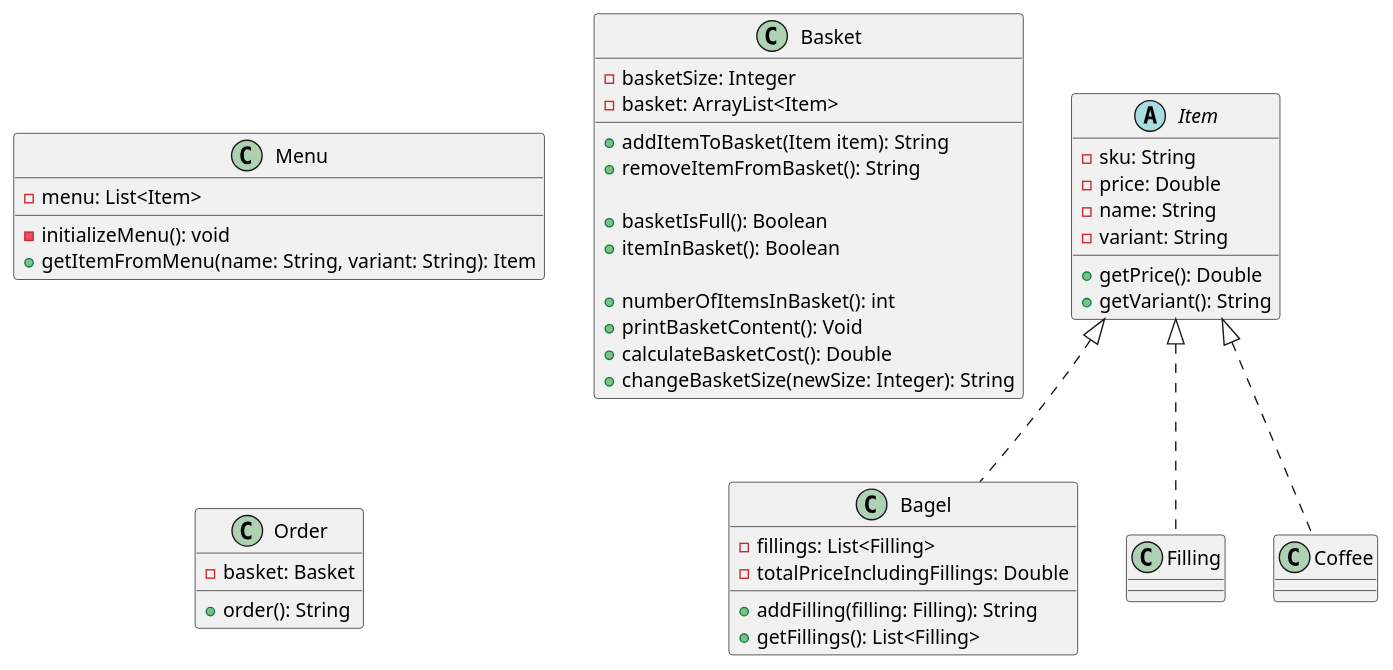
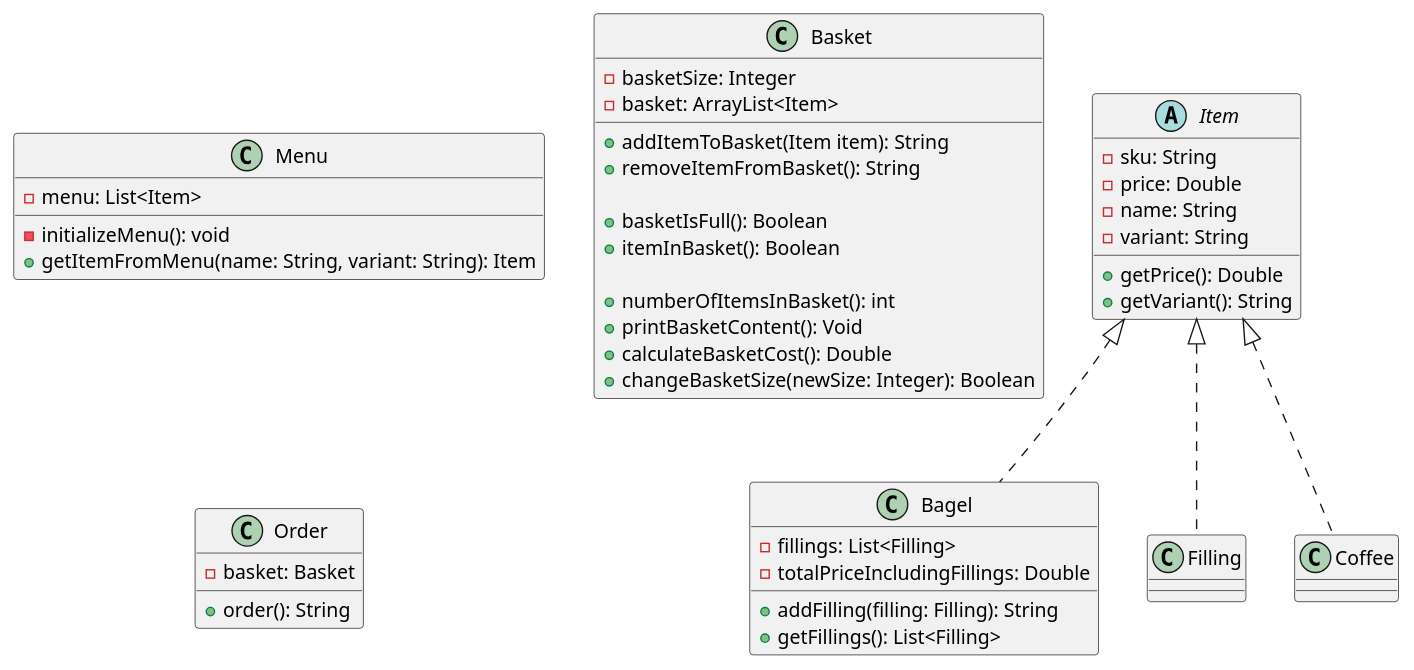
The diagram in classDiagram.puml (boolean-uk/java-tdd-oop-bobs-bagels), drawn with PlantUML before and after one commit. The commit also changed 2 other files, not shown here.

Commit message:
Changed changeBasketSize to boolean, and reflected changes in class diagram and domain model.

```diff
--- a/classDiagram.puml
+++ b/classDiagram.puml
@@ -1,54 +1,54 @@
 @startuml
 
 Class Menu {
     - menu: List<Item>
 
     - initializeMenu(): void
     + getItemFromMenu(name: String, variant: String): Item
 }
 
 Class Basket {
     - basketSize: Integer
     - basket: ArrayList<Item>
 
     + addItemToBasket(Item item): String
     + removeItemFromBasket(): String
 
     + basketIsFull(): Boolean
     + itemInBasket(): Boolean
 
     + numberOfItemsInBasket(): int
     + printBasketContent(): Void
     + calculateBasketCost(): Double
-    + changeBasketSize(newSize: Integer): String
+    + changeBasketSize(newSize: Integer): Boolean
 }
 
 Abstract Class Item {
     - sku: String
     - price: Double
     - name: String
     - variant: String
 
     + getPrice(): Double
     + getVariant(): String
 }
 
 Class Bagel Implements Item {
     - fillings: List<Filling>
     - totalPriceIncludingFillings: Double
     + addFilling(filling: Filling): String
     + getFillings(): List<Filling>
 }
 
 Class Filling Implements Item {
 }
 
 Class Coffee Implements Item {
 }
 
 Class Order {
     - basket: Basket
     + order(): String
 }
 
 @enduml
```
